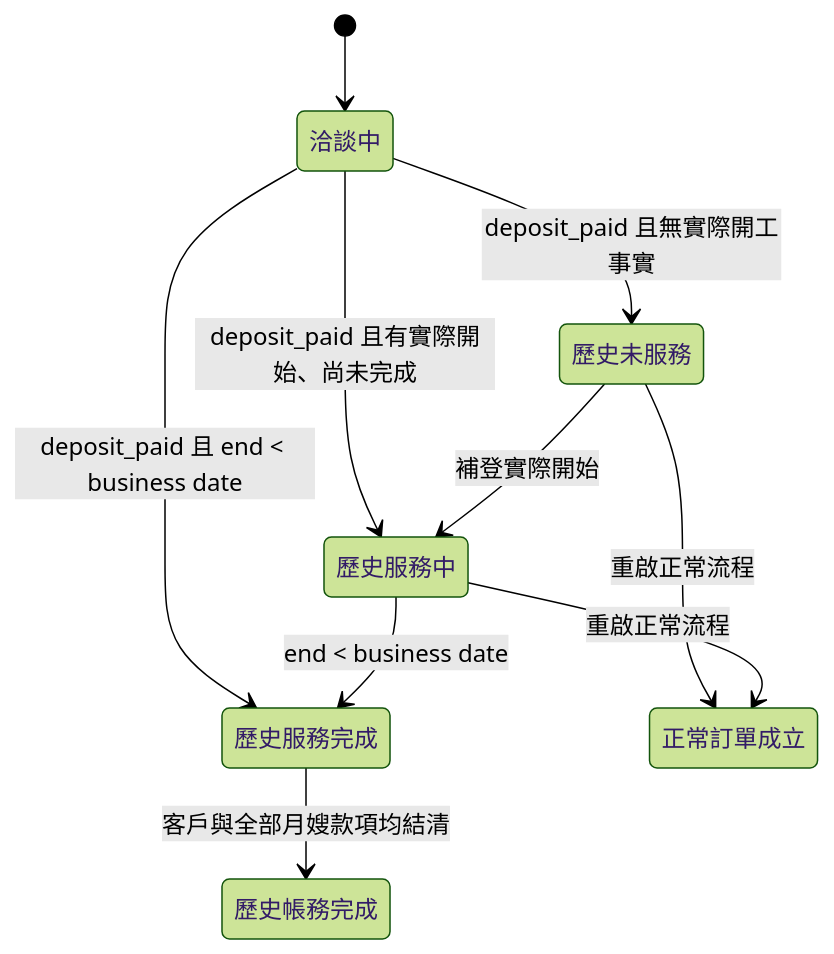
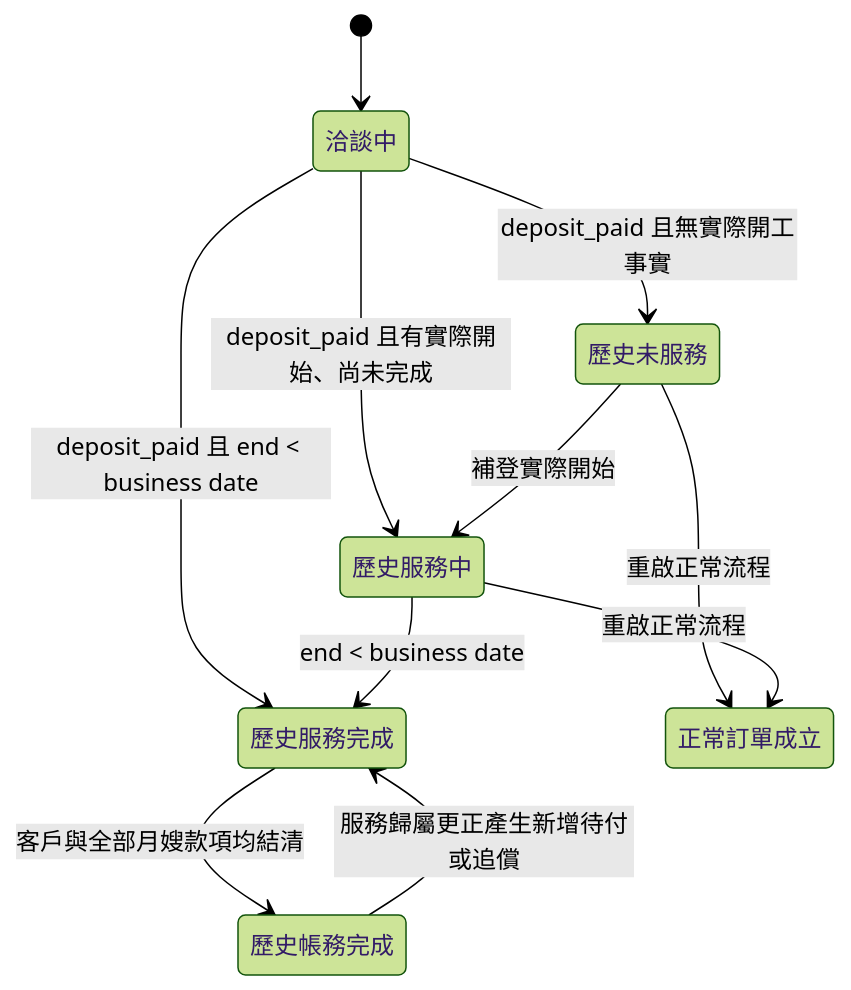
One commit to chrishzc/Labor_union changed the diagram in document/架構重整/01_規格基線/27_歷史訂單生命週期與服務天數帳務正式規格.md. Above: the diagram before and after it, drawn with Mermaid (forest theme). The commit also changed other lines of this file and 44 other files, not shown here.

````diff
--- a/document/架構重整/01_規格基線/27_歷史訂單生命週期與服務天數帳務正式規格.md
+++ b/document/架構重整/01_規格基線/27_歷史訂單生命週期與服務天數帳務正式規格.md
@@ -49,12 +49,13 @@
 ```mermaid
 stateDiagram-v2
     [*] --> 洽談中
     洽談中 --> 歷史未服務: deposit_paid 且無實際開工事實
     洽談中 --> 歷史服務中: deposit_paid 且有實際開始、尚未完成
     洽談中 --> 歷史服務完成: deposit_paid 且 end < business date
     歷史未服務 --> 歷史服務中: 補登實際開始
     歷史服務中 --> 歷史服務完成: end < business date
     歷史服務完成 --> 歷史帳務完成: 客戶與全部月嫂款項均結清
+    歷史帳務完成 --> 歷史服務完成: 服務歸屬更正產生新增待付或追償
     歷史未服務 --> 正常訂單成立: 重啟正常流程
     歷史服務中 --> 正常訂單成立: 重啟正常流程
 ```
````
